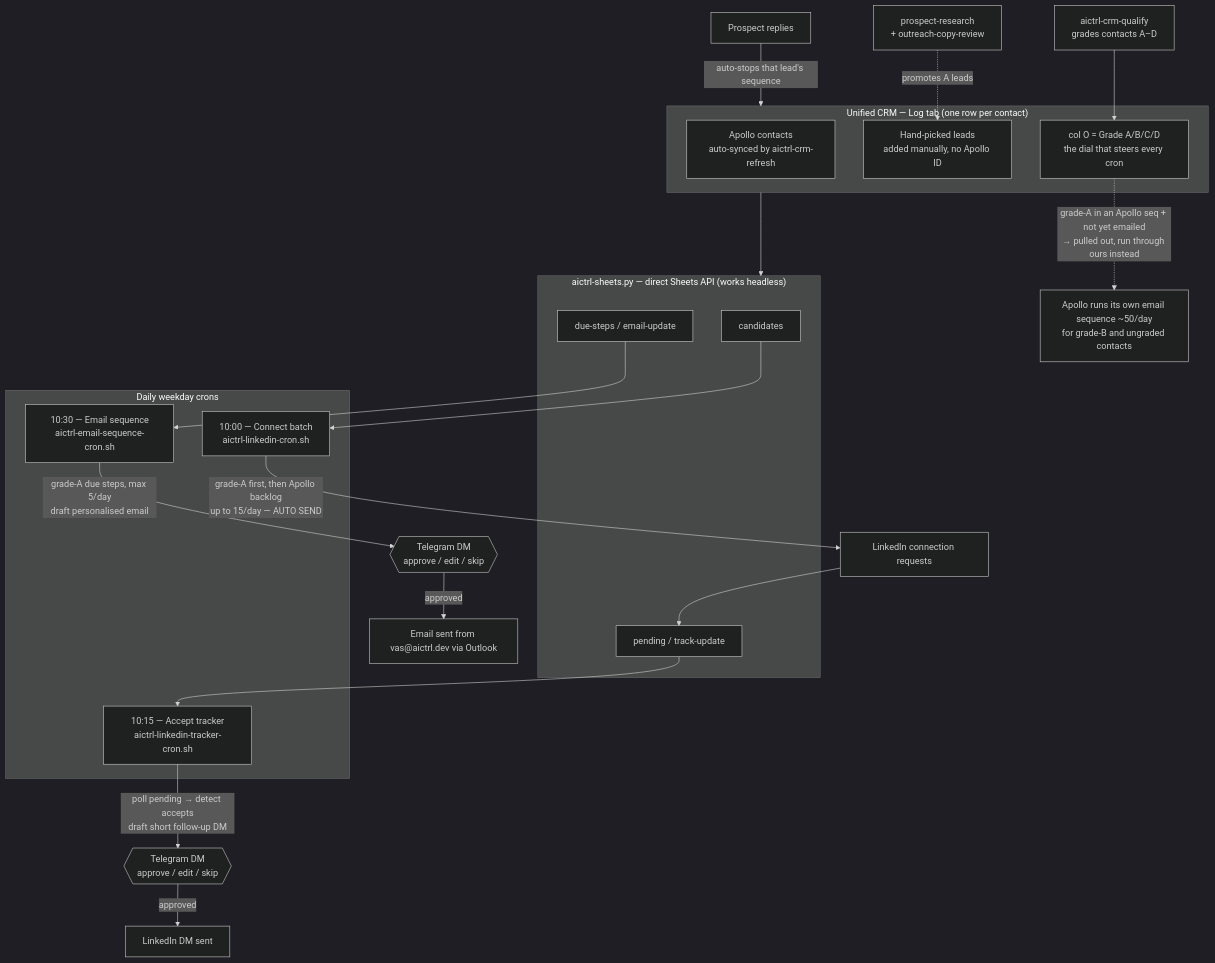
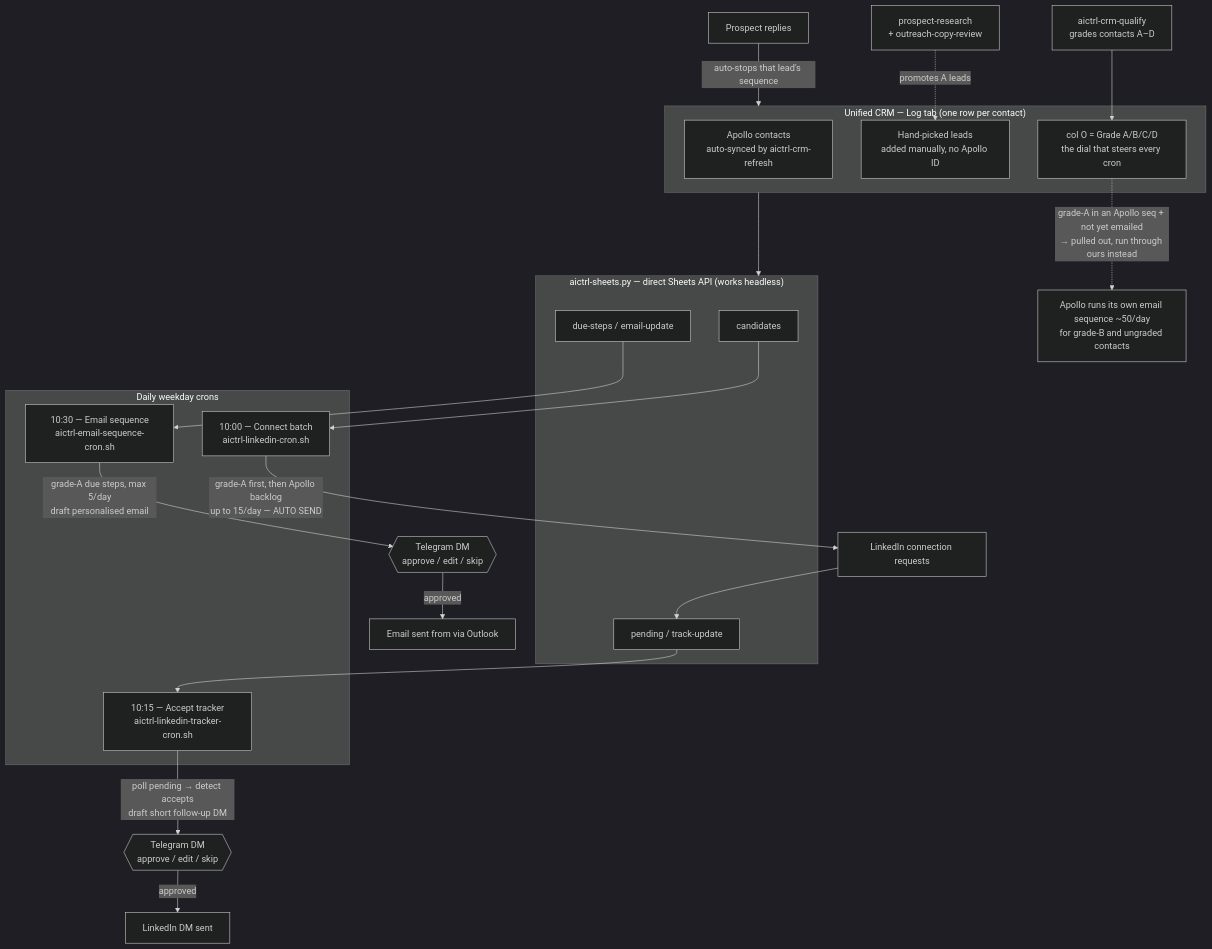
The diagram in docs/process-flow.md (vasparshin/b2b-outreach-skills), drawn with Mermaid (dark theme) before and after one commit. The commit also changed other lines of this file and 14 other files, not shown here.

````diff
--- a/docs/process-flow.md
+++ b/docs/process-flow.md
@@ -5,40 +5,40 @@
 ```mermaid
 flowchart TD
     subgraph CRM["Unified CRM — Log tab (one row per contact)"]
       AP[Apollo contacts<br/>auto-synced by aictrl-crm-refresh]
       MAN[Hand-picked leads<br/>added manually, no Apollo ID]
       GR[col O = Grade A/B/C/D<br/>the dial that steers every cron]
     end
 
     QUAL[aictrl-crm-qualify<br/>grades contacts A–D] --> GR
     RES[prospect-research<br/>+ outreach-copy-review] -. promotes A leads .-> MAN
 
     subgraph HELPER["aictrl-sheets.py — direct Sheets API (works headless)"]
       H1[candidates]
       H2[pending / track-update]
       H3[due-steps / email-update]
     end
 
     CRM --> HELPER
 
     subgraph CRONS["Daily weekday crons"]
       C1["10:00 — Connect batch<br/>aictrl-linkedin-cron.sh"]
       C2["10:15 — Accept tracker<br/>aictrl-linkedin-tracker-cron.sh"]
       C3["10:30 — Email sequence<br/>aictrl-email-sequence-cron.sh"]
     end
 
     H1 --> C1
     C1 -->|"grade-A first, then Apollo backlog<br/>up to 15/day — AUTO SEND"| INV[LinkedIn connection requests]
     INV --> H2
     H2 --> C2
     C2 -->|"poll pending → detect accepts<br/>draft short follow-up DM"| TG1{{Telegram DM<br/>approve / edit / skip}}
     TG1 -->|approved| LMSG[LinkedIn DM sent]
 
     H3 --> C3
     C3 -->|"grade-A due steps, max 5/day<br/>draft personalised email"| TG2{{Telegram DM<br/>approve / edit / skip}}
-    TG2 -->|approved| EMAIL[Email sent from vas@aictrl.dev via Outlook]
+    TG2 -->|approved| EMAIL[Email sent from <YOUR_SENDING_MAILBOX> via Outlook]
 
     REPLY[Prospect replies] -->|auto-stops that lead's sequence| CRM
     APOLLO[Apollo runs its own email sequence ~50/day<br/>for grade-B and ungraded contacts]
     GR -. "grade-A in an Apollo seq + not yet emailed<br/>→ pulled out, run through ours instead" .-> APOLLO
 ```
````
